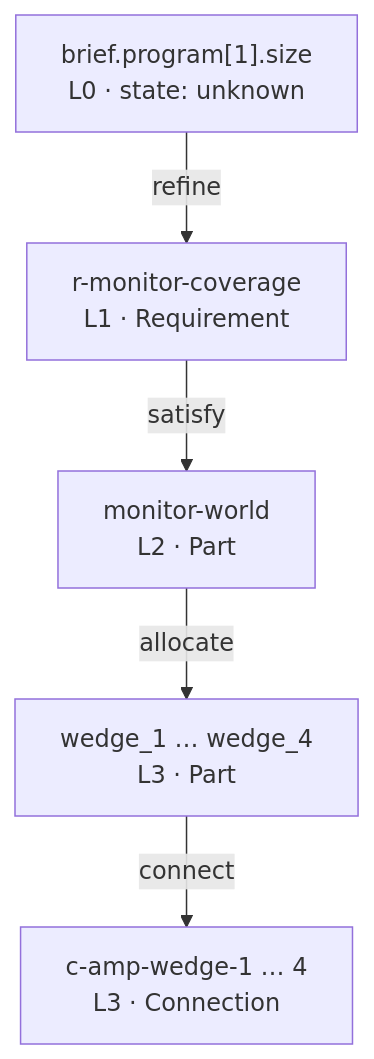
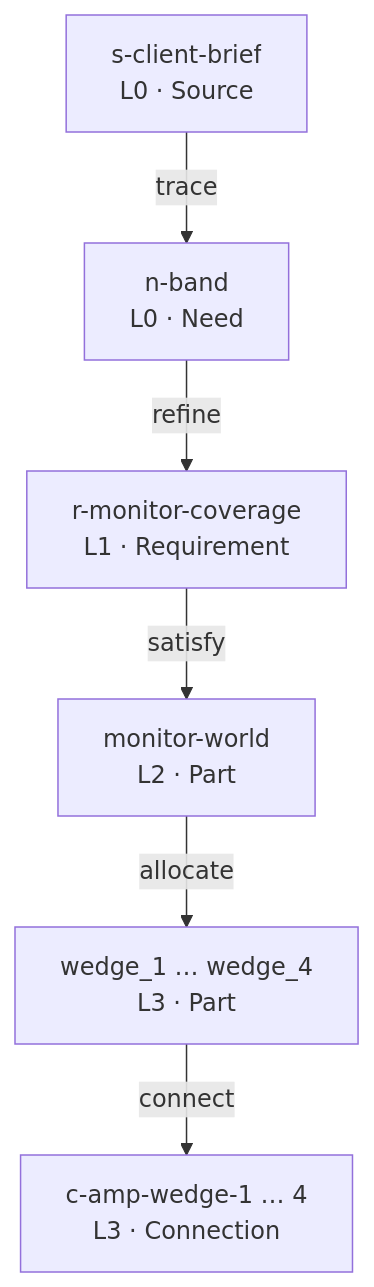
The second of 2 diagrams in spec/03-relationships.md (szantob/EventML), drawn with Mermaid before and after one commit. The commit also changed other lines of this file and 1 other file, not shown here.

Commit message:
Point refine at a need, and give the answer relation a home

````diff
--- a/spec/03-relationships.md
+++ b/spec/03-relationships.md
@@ -246,13 +335,15 @@
 ```mermaid
 flowchart TD
-    B["brief.program#91;1#93;.size<br/>L0 · state: unknown"]
+    S["s-client-brief<br/>L0 · Source"]
+    B["n-band<br/>L0 · Need"]
     R["r-monitor-coverage<br/>L1 · Requirement"]
     M["monitor-world<br/>L2 · Part"]
     W["wedge_1 … wedge_4<br/>L3 · Part"]
     C["c-amp-wedge-1 … 4<br/>L3 · Connection"]
 
+    S -->|"trace"| B
     B -->|"refine"| R
     R -->|"satisfy"| M
     M -->|"allocate"| W
     W -->|"connect"| C
 ```
````
